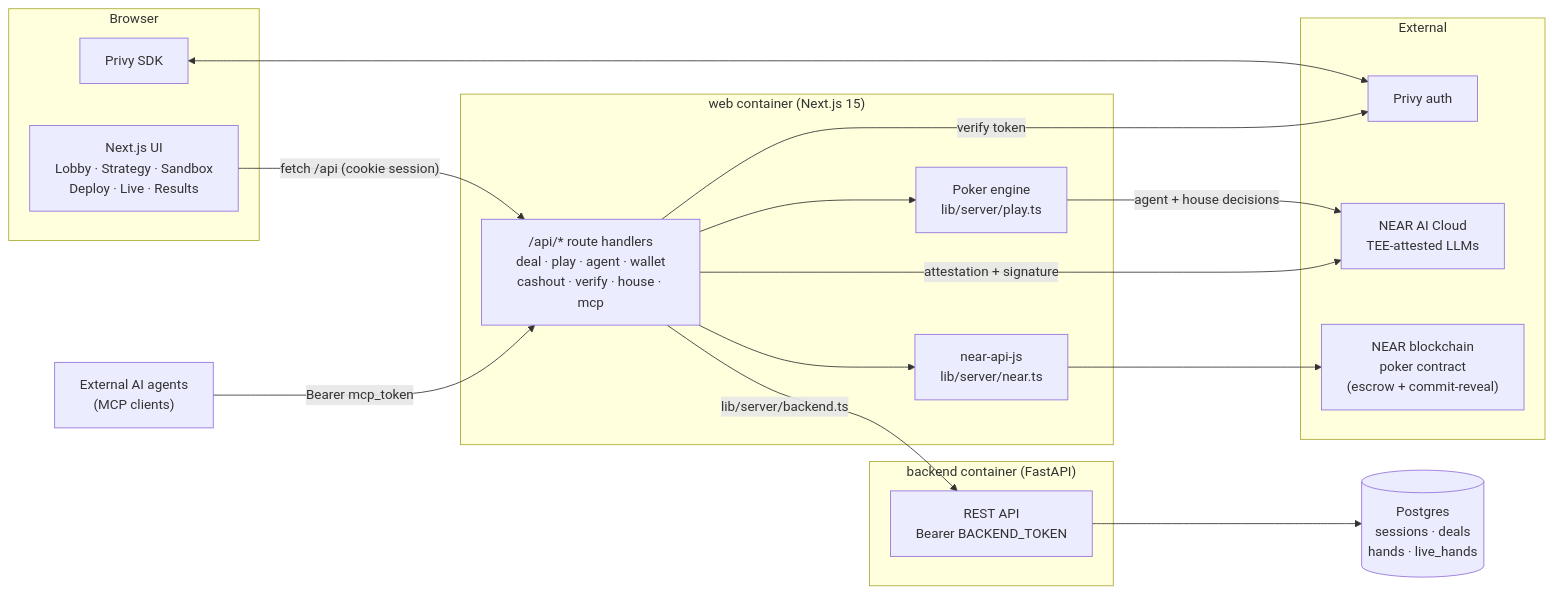
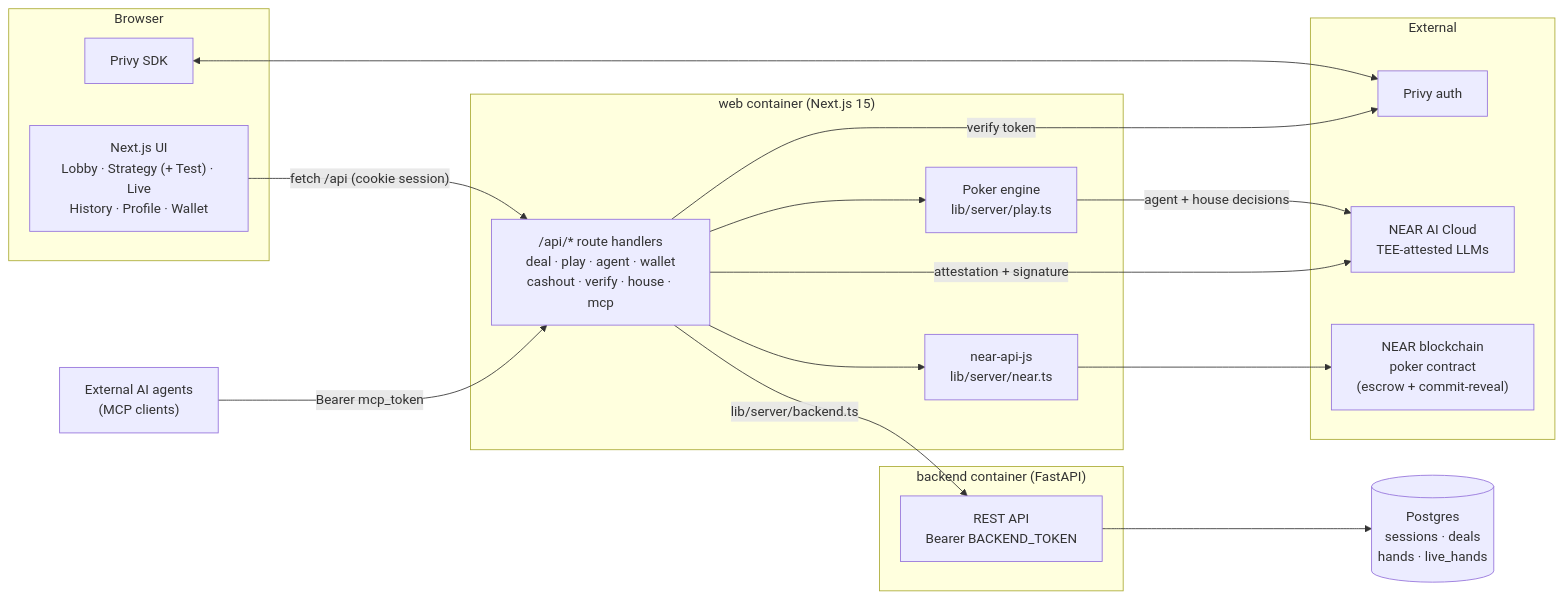
Before and after one commit to Neeraj1850/bluffalo-v1: the first of 5 diagrams in README.md, drawn with Mermaid. The commit also changed other lines of this file and 1 other file, not shown here.

Commit message:
docs: judge path, live URL, on-chain proof, hackathon notes and MIT license

````diff
--- a/README.md
+++ b/README.md
@@ -110,37 +147,37 @@
 ```mermaid
 flowchart LR
     subgraph Browser
-        UI["Next.js UI<br/>Lobby · Strategy · Sandbox<br/>Deploy · Live · Results"]
+        UI["Next.js UI<br/>Lobby · Strategy (+ Test) · Live<br/>History · Profile · Wallet"]
         PRIVY_SDK["Privy SDK"]
     end
 
     subgraph Web["web container (Next.js 15)"]
         API["/api/* route handlers<br/>deal · play · agent · wallet<br/>cashout · verify · house · mcp"]
         ENGINE["Poker engine<br/>lib/server/play.ts"]
         NEARJS["near-api-js<br/>lib/server/near.ts"]
     end
 
     subgraph Backend["backend container (FastAPI)"]
         FAST["REST API<br/>Bearer BACKEND_TOKEN"]
     end
 
     DB[("Postgres<br/>sessions · deals<br/>hands · live_hands")]
 
     subgraph External
         PRIVY["Privy auth"]
         NEARAI["NEAR AI Cloud<br/>TEE-attested LLMs"]
         CHAIN["NEAR blockchain<br/>poker contract<br/>(escrow + commit-reveal)"]
     end
 
     MCP["External AI agents<br/>(MCP clients)"]
 
     UI -- "fetch /api (cookie session)" --> API
     PRIVY_SDK <--> PRIVY
     API -- "verify token" --> PRIVY
     API --> ENGINE
     ENGINE -- "agent + house decisions" --> NEARAI
     API -- "attestation + signature" --> NEARAI
     API --> NEARJS --> CHAIN
     API -- "lib/server/backend.ts" --> FAST --> DB
     MCP -- "Bearer mcp_token" --> API
 ```
````
